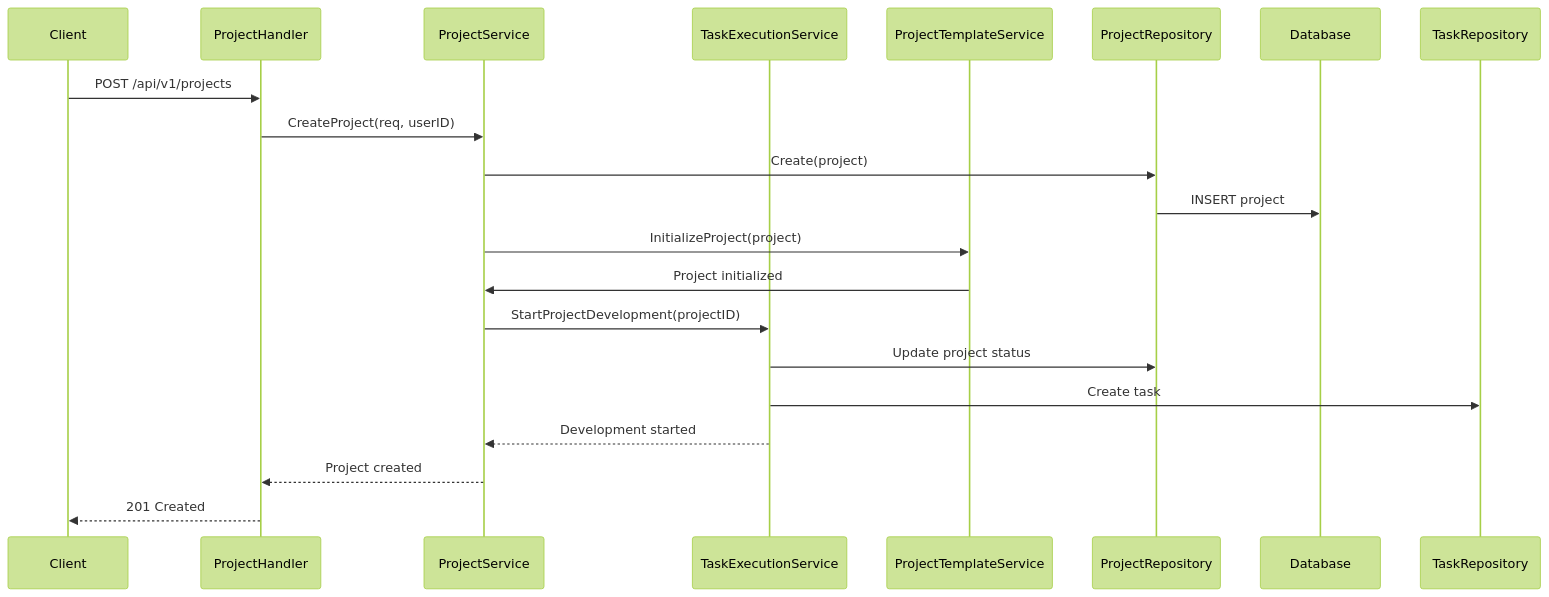
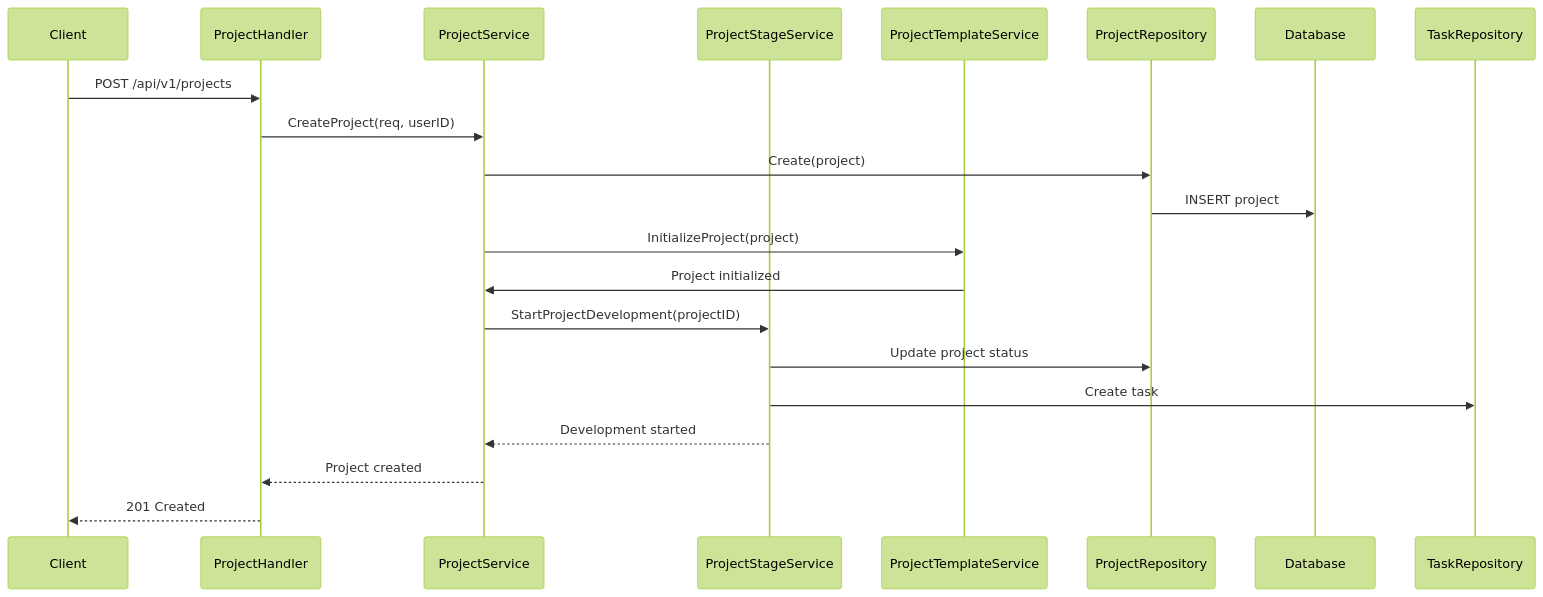
One commit to lighthought/app-maker changed the seventh of 9 diagrams in backend/architect/ARCHITECTURE.md. Above: the diagram before and after it, drawn with Mermaid (forest theme). The commit also changed other lines of this file and 7 other files, not shown here.

````diff
--- a/backend/architect/ARCHITECTURE.md
+++ b/backend/architect/ARCHITECTURE.md
@@ -472,23 +350,23 @@
 ```mermaid
 sequenceDiagram
     participant Client
     participant ProjectHandler
     participant ProjectService
-    participant TaskExecutionService
+    participant ProjectStageService
     participant ProjectTemplateService
     participant ProjectRepository
     participant Database
 
     Client->>ProjectHandler: POST /api/v1/projects
     ProjectHandler->>ProjectService: CreateProject(req, userID)
     ProjectService->>ProjectRepository: Create(project)
     ProjectRepository->>Database: INSERT project
     ProjectService->>ProjectTemplateService: InitializeProject(project)
     ProjectTemplateService->>ProjectService: Project initialized
-    ProjectService->>TaskExecutionService: StartProjectDevelopment(projectID)
-    TaskExecutionService->>ProjectRepository: Update project status
-    TaskExecutionService->>TaskRepository: Create task
-    TaskExecutionService-->>ProjectService: Development started
+    ProjectService->>ProjectStageService: StartProjectDevelopment(projectID)
+    ProjectStageService->>ProjectRepository: Update project status
+    ProjectStageService->>TaskRepository: Create task
+    ProjectStageService-->>ProjectService: Development started
     ProjectService-->>ProjectHandler: Project created
     ProjectHandler-->>Client: 201 Created
 ```
````
